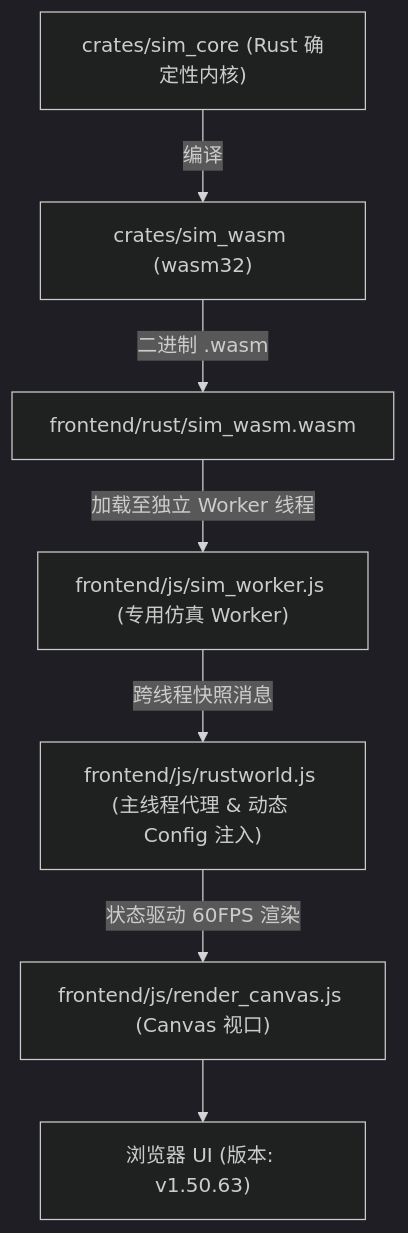
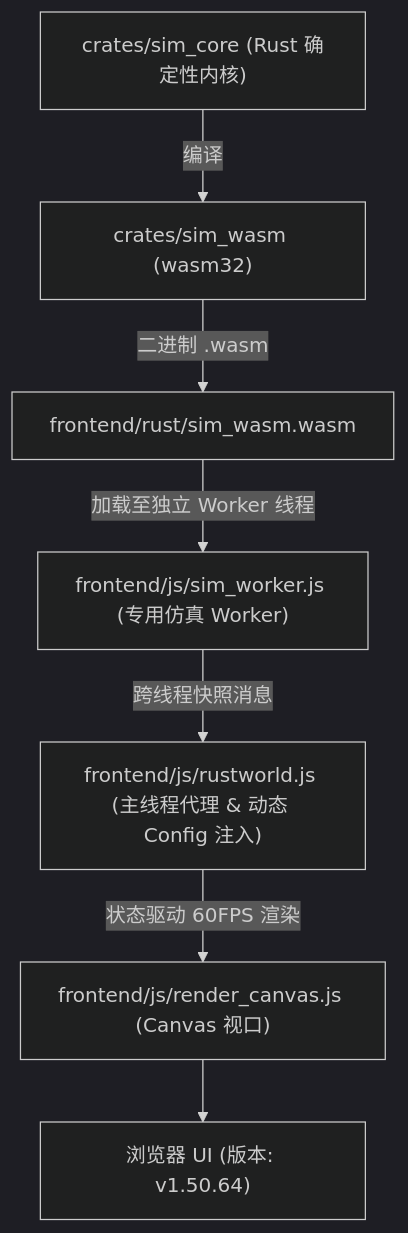
One commit to g39088902/FlowAndAccord changed the diagram in AGENTS.md. Above: the diagram before and after it, drawn with Mermaid (dark theme). The commit also changed other lines of this file and 14 other files, not shown here.

````diff
--- a/AGENTS.md
+++ b/AGENTS.md
@@ -61,10 +61,10 @@
 ```mermaid
 graph TD
     A["crates/sim_core (Rust 确定性内核)"] -->|编译| B["crates/sim_wasm (wasm32)"]
     B -->|二进制 .wasm| C["frontend/rust/sim_wasm.wasm"]
     C -->|加载至独立 Worker 线程| D["frontend/js/sim_worker.js (专用仿真 Worker)"]
     D -->|跨线程快照消息| E["frontend/js/rustworld.js (主线程代理 & 动态 Config 注入)"]
     E -->|状态驱动 60FPS 渲染| F["frontend/js/render_canvas.js (Canvas 视口)"]
-    F --> G["浏览器 UI (版本: v1.50.63)"]
+    F --> G["浏览器 UI (版本: v1.50.64)"]
 
 ```
````
